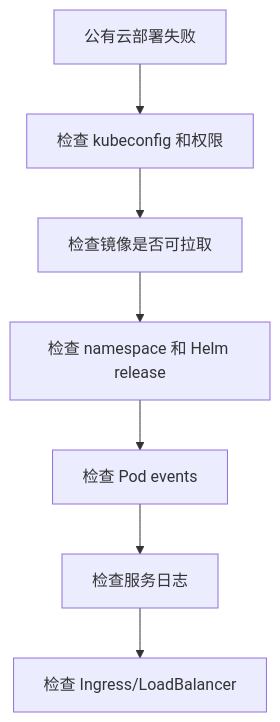
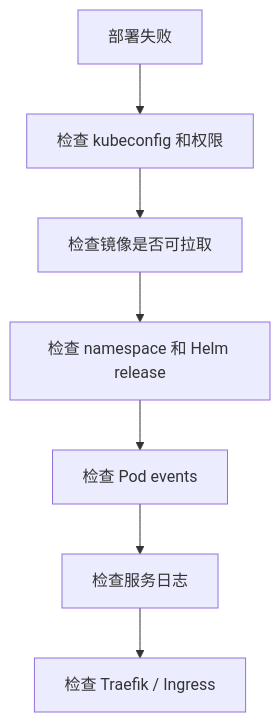
Before and after one commit to ZhaoXiangHeng/k8s-agent: the first of 4 diagrams in docs/operations/observability-and-troubleshooting.md, drawn with Mermaid. The commit also changed other lines of this file and 91 other files, not shown here.

````diff
--- a/docs/operations/observability-and-troubleshooting.md
+++ b/docs/operations/observability-and-troubleshooting.md
@@ -64,9 +75,9 @@
 ```mermaid
 flowchart TD
-  A["公有云部署失败"] --> B["检查 kubeconfig 和权限"]
+  A["部署失败"] --> B["检查 kubeconfig 和权限"]
   B --> C["检查镜像是否可拉取"]
   C --> D["检查 namespace 和 Helm release"]
   D --> E["检查 Pod events"]
   E --> F["检查服务日志"]
-  F --> G["检查 Ingress/LoadBalancer"]
+  F --> G["检查 Traefik / Ingress"]
 ```
````
